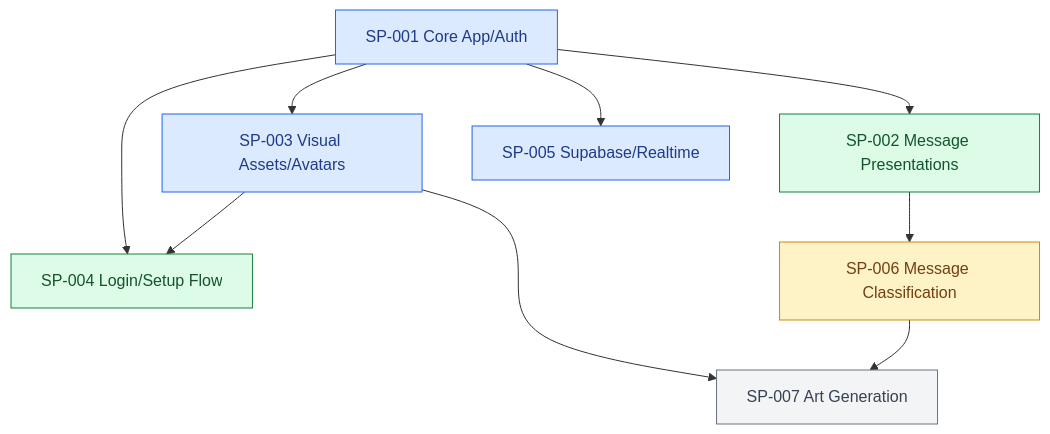
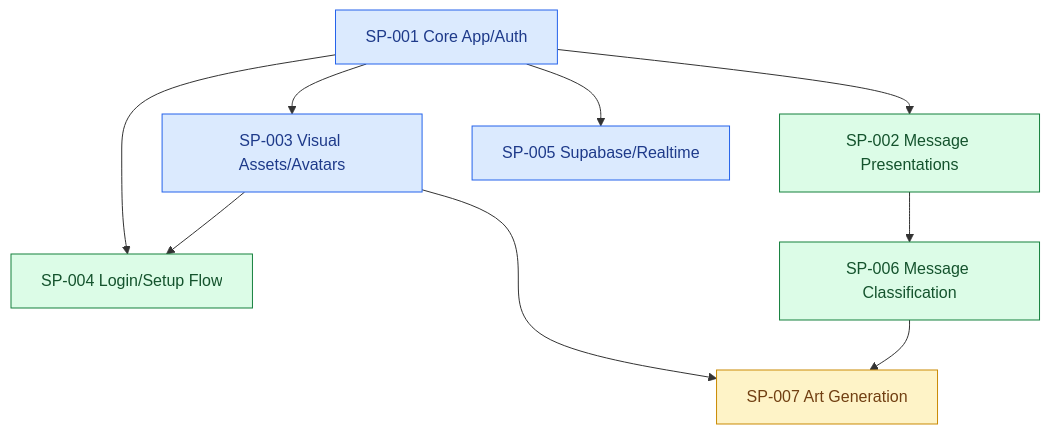
Before and after one commit to SafwanKamal/Kokoroe: the diagram in .codex/PROJECT_LEDGER.md, drawn with Mermaid. The commit also changed other lines of this file, not shown here.

````diff
--- a/.codex/PROJECT_LEDGER.md
+++ b/.codex/PROJECT_LEDGER.md
@@ -62,30 +67,30 @@
 ```mermaid
 flowchart TD
     SP001["SP-001 Core App/Auth"]
     SP002["SP-002 Message Presentations"]
     SP003["SP-003 Visual Assets/Avatars"]
     SP004["SP-004 Login/Setup Flow"]
     SP005["SP-005 Supabase/Realtime"]
     SP006["SP-006 Message Classification"]
     SP007["SP-007 Art Generation"]
     SP001 --> SP002
     SP001 --> SP003
     SP001 --> SP004
     SP001 --> SP005
     SP003 --> SP004
     SP002 --> SP006
     SP003 --> SP007
     SP006 --> SP007
     classDef complete fill:#dcfce7,stroke:#15803d,color:#14532d
     classDef active fill:#dbeafe,stroke:#2563eb,color:#1e3a8a
     classDef ready fill:#fef3c7,stroke:#ca8a04,color:#713f12
     classDef blocked fill:#ffedd5,stroke:#ea580c,color:#7c2d12
     classDef deferred fill:#f3f4f6,stroke:#6b7280,color:#374151
     class SP001 active
     class SP002 complete
     class SP003 active
     class SP004 complete
     class SP005 active
-    class SP006 ready
-    class SP007 deferred
+    class SP006 complete
+    class SP007 ready
 ```
````
